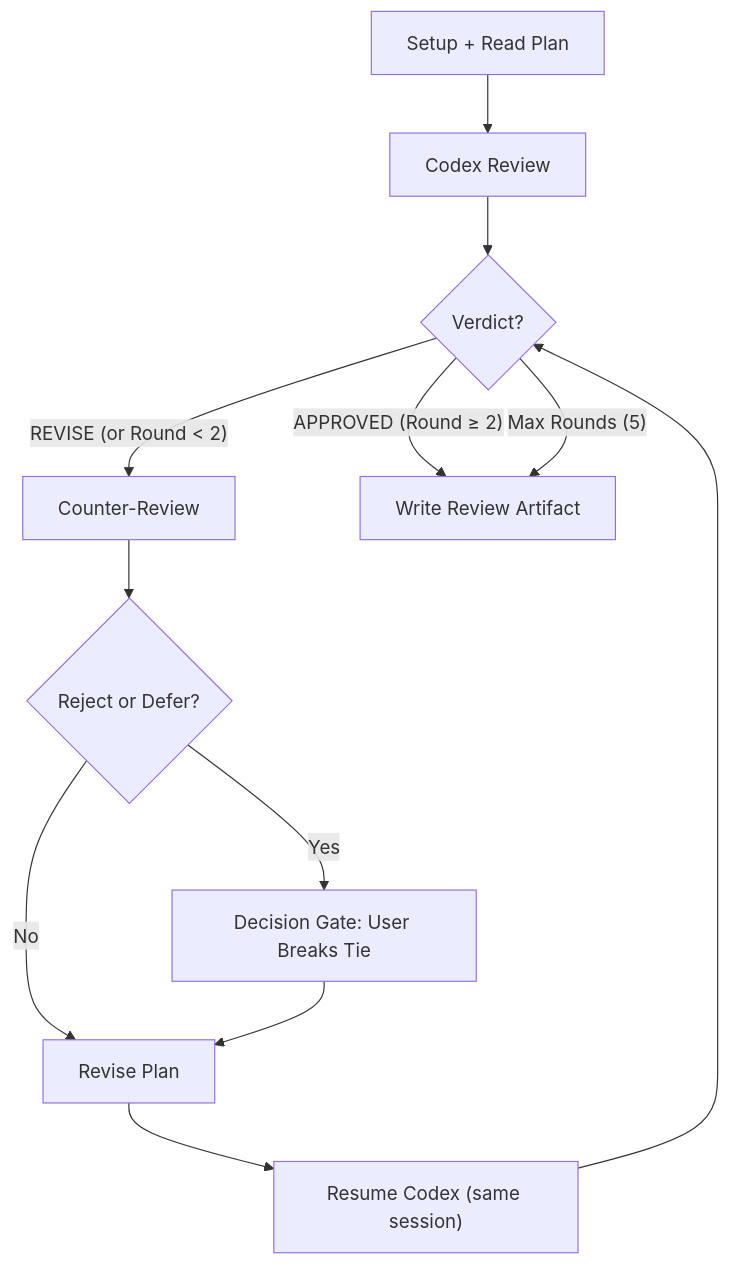
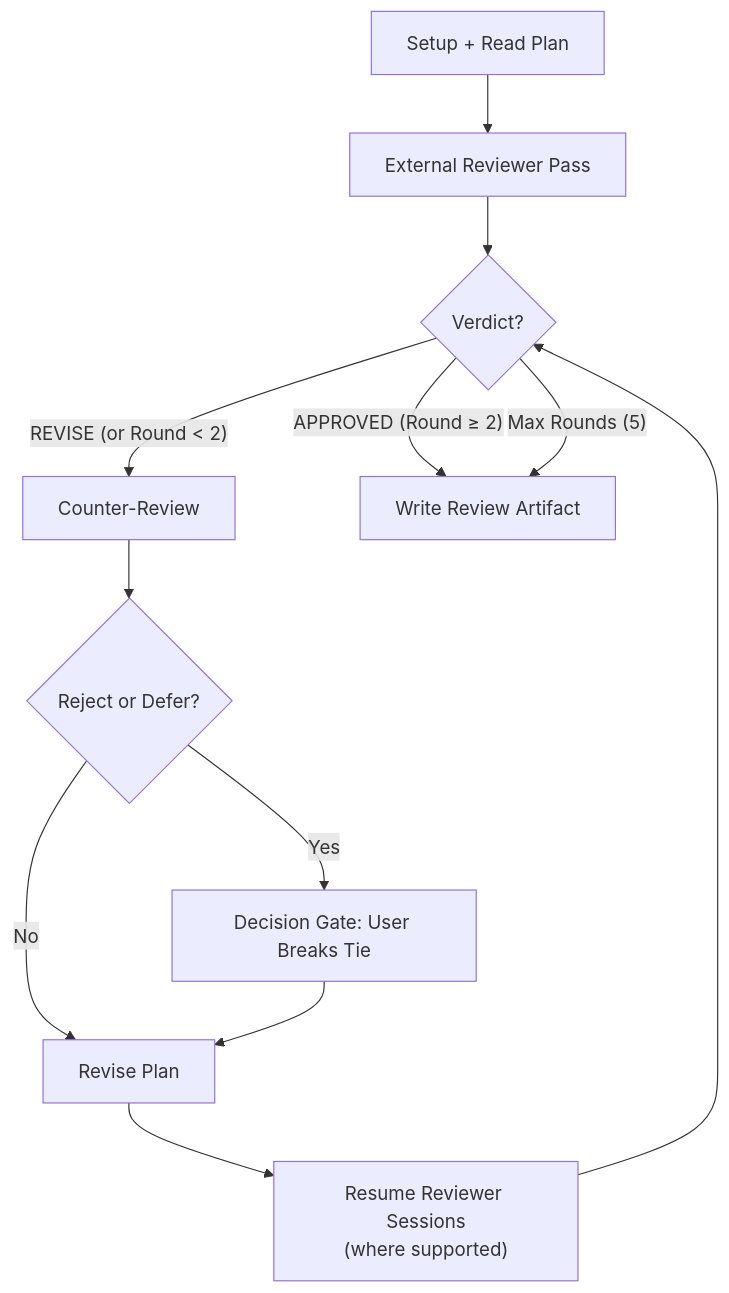
Before and after one commit to anbuneel/agentic-engineering: the second of 8 diagrams in docs/SKILLS_GUIDE.md, drawn with Mermaid. The commit also changed other lines of this file and 14 other files, not shown here.

````diff
--- a/docs/SKILLS_GUIDE.md
+++ b/docs/SKILLS_GUIDE.md
@@ -67,16 +76,16 @@
 ```mermaid
 graph TD
-    A[Setup + Read Plan] --> B[Codex Review]
+    A[Setup + Read Plan] --> B[External Reviewer Pass]
     B --> C{Verdict?}
 
     C -- "REVISE (or Round < 2)" --> D[Counter-Review]
     D --> E{Reject or Defer?}
     E -- Yes --> F[Decision Gate: User Breaks Tie]
     E -- No --> G[Revise Plan]
     F --> G
-    G --> H["Resume Codex (same session)"]
+    G --> H["Resume Reviewer Sessions\n(where supported)"]
     H --> C
 
     C -- "APPROVED (Round ≥ 2)" --> I[Write Review Artifact]
     C -- "Max Rounds (5)" --> I
 ```
````
